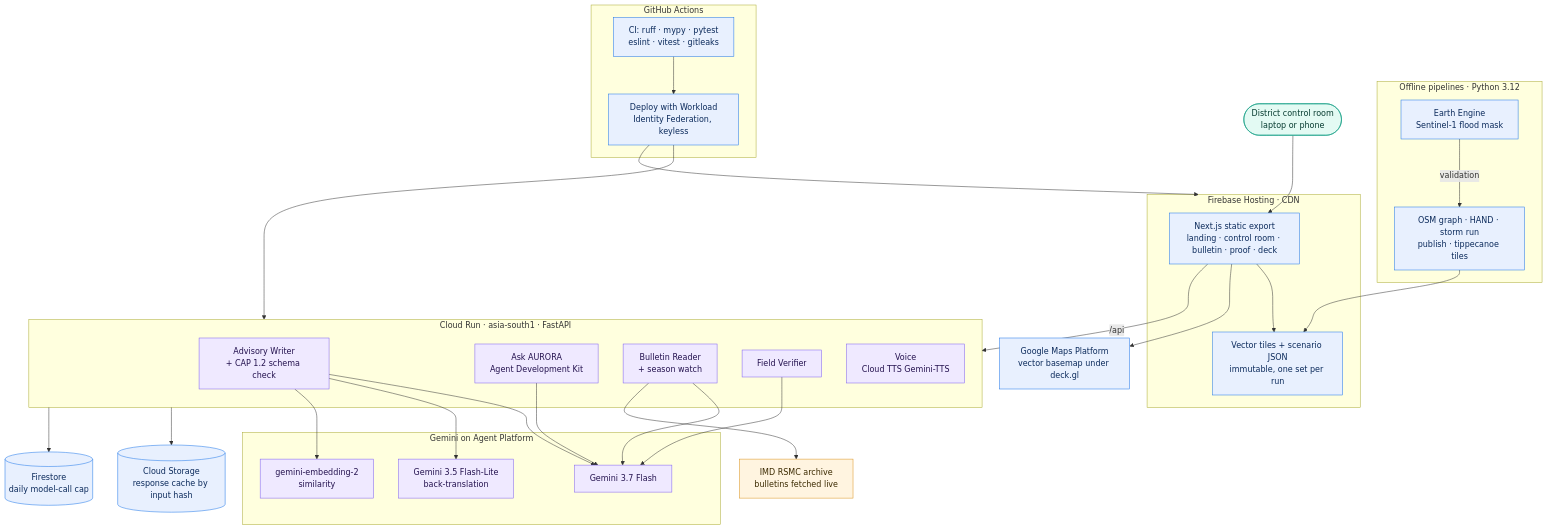
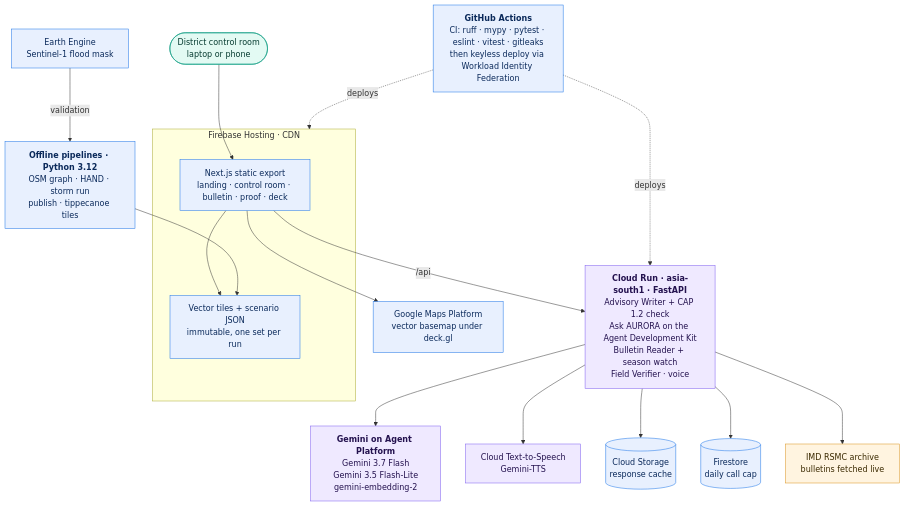
One commit to TusharTechs/aurora-lifeline changed the second of 3 diagrams in README.md. Above: the diagram before and after it, drawn with Mermaid. The commit also changed other lines of this file, not shown here.

Commit message:
docs: README diagrams laid out top-down so they read at GitHub's width

````diff
--- a/README.md
+++ b/README.md
@@ -112,58 +112,41 @@
 ```mermaid
 flowchart TB
   classDef g fill:#e8f0fe,stroke:#1a73e8,color:#0b2a5b
   classDef ai fill:#efe9ff,stroke:#7c5cf0,color:#24124f
   classDef ext fill:#fff4e0,stroke:#d9901a,color:#3b2a00
   classDef user fill:#e3faf3,stroke:#0f9d82,color:#063b30
 
   U(["District control room<br/>laptop or phone"]):::user
 
   subgraph FH["Firebase Hosting · CDN"]
     WEB["Next.js static export<br/>landing · control room · bulletin · proof · deck"]:::g
     TILES["Vector tiles + scenario JSON<br/>immutable, one set per run"]:::g
   end
   MAPS["Google Maps Platform<br/>vector basemap under deck.gl"]:::g
 
-  subgraph CR["Cloud Run · asia-south1 · FastAPI"]
-    ADV["Advisory Writer<br/>+ CAP 1.2 schema check"]:::ai
-    ASK["Ask AURORA<br/>Agent Development Kit"]:::ai
-    BRD["Bulletin Reader<br/>+ season watch"]:::ai
-    FLD["Field Verifier"]:::ai
-    TTS["Voice<br/>Cloud TTS Gemini-TTS"]:::ai
-  end
+  API["<b>Cloud Run · asia-south1 · FastAPI</b><br/>Advisory Writer + CAP 1.2 check<br/>Ask AURORA on the Agent Development Kit<br/>Bulletin Reader + season watch<br/>Field Verifier · voice"]:::ai
 
-  subgraph GEM["Gemini on Agent Platform"]
-    F37["Gemini 3.7 Flash"]:::ai
-    FL["Gemini 3.5 Flash-Lite<br/>back-translation"]:::ai
-    EMB["gemini-embedding-2<br/>similarity"]:::ai
-  end
-
-  GCS[("Cloud Storage<br/>response cache by input hash")]:::g
-  FS[("Firestore<br/>daily model-call cap")]:::g
+  GEM["<b>Gemini on Agent Platform</b><br/>Gemini 3.7 Flash<br/>Gemini 3.5 Flash-Lite<br/>gemini-embedding-2"]:::ai
+  TTS["Cloud Text-to-Speech<br/>Gemini-TTS"]:::ai
+  GCS[("Cloud Storage<br/>response cache")]:::g
+  FS[("Firestore<br/>daily call cap")]:::g
   IMD["IMD RSMC archive<br/>bulletins fetched live"]:::ext
 
-  subgraph OFF["Offline pipelines · Python 3.12"]
-    PIPE["OSM graph · HAND · storm run<br/>publish · tippecanoe tiles"]:::g
-    EE["Earth Engine<br/>Sentinel-1 flood mask"]:::g
-  end
-
-  subgraph GH["GitHub Actions"]
-    CI["CI: ruff · mypy · pytest<br/>eslint · vitest · gitleaks"]:::g
-    DEP["Deploy with Workload<br/>Identity Federation, keyless"]:::g
-  end
+  PIPE["<b>Offline pipelines · Python 3.12</b><br/>OSM graph · HAND · storm run<br/>publish · tippecanoe tiles"]:::g
+  EE["Earth Engine<br/>Sentinel-1 flood mask"]:::g
+  GH["<b>GitHub Actions</b><br/>CI: ruff · mypy · pytest · eslint · vitest · gitleaks<br/>then keyless deploy via Workload Identity Federation"]:::g
 
   U --> WEB
   WEB --> TILES
   WEB --> MAPS
-  WEB -- "/api" --> CR
-  ADV & ASK & BRD & FLD --> F37
-  ADV --> FL & EMB
-  BRD --> IMD
-  CR --> GCS
-  CR --> FS
+  WEB -- "/api" --> API
+  API --> GEM
+  API --> TTS
+  API --> GCS
+  API --> FS
+  API --> IMD
+  EE -- "validation" --> PIPE
   PIPE --> TILES
-  EE -- "validation" --> PIPE
-  CI --> DEP
-  DEP --> CR
-  DEP --> FH
+  GH -. deploys .-> API
+  GH -. deploys .-> FH
 ```
````
